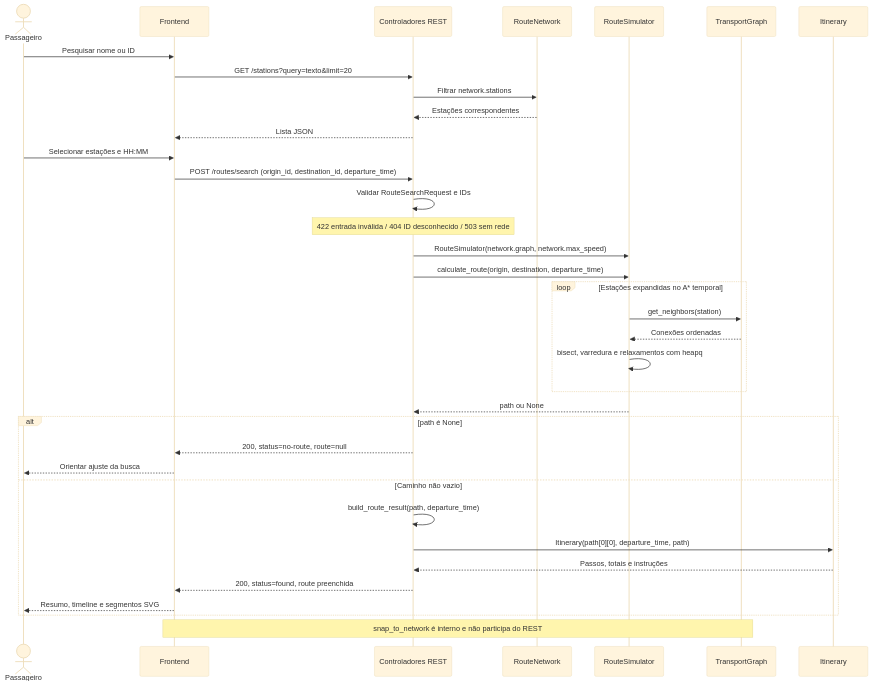
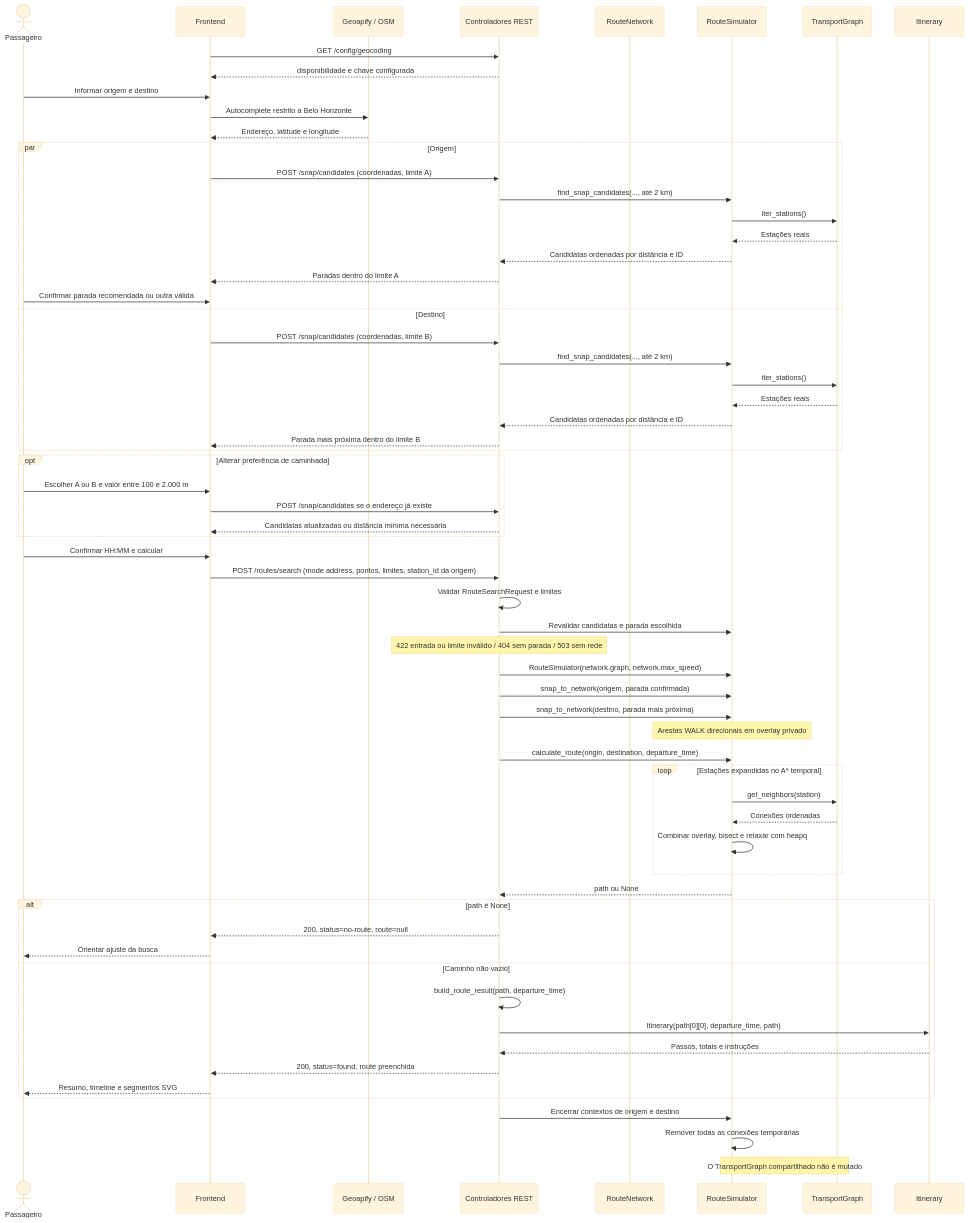
Before and after one commit to Luizfmaia10-dev/TP-Grafos: the diagram in docs/diagrams/source/diagrama-sequencia-02.mmd, drawn with Mermaid (base theme). The commit also changed 163 other files, not shown here.

```diff
--- a/docs/diagrams/source/diagrama-sequencia-02.mmd
+++ b/docs/diagrams/source/diagrama-sequencia-02.mmd
@@ -1,36 +1,64 @@
 sequenceDiagram
     actor Passenger as Passageiro
     participant UI as Frontend
+    participant Geo as Geoapify / OSM
     participant API as Controladores REST
     participant Network as RouteNetwork
     participant Simulator as RouteSimulator
     participant Graph as TransportGraph
     participant Itinerary as Itinerary
-    Passenger->>UI: Pesquisar nome ou ID
-    UI->>API: GET /stations?query=texto&limit=20
-    API->>Network: Filtrar network.stations
-    Network-->>API: Estações correspondentes
-    API-->>UI: Lista JSON
-    Passenger->>UI: Selecionar estações e HH:MM
-    UI->>API: POST /routes/search (origin_id, destination_id, departure_time)
-    API->>API: Validar RouteSearchRequest e IDs
-    Note over API: 422 entrada inválida / 404 ID desconhecido / 503 sem rede
+    UI->>API: GET /config/geocoding
+    API-->>UI: disponibilidade e chave configurada
+    Passenger->>UI: Informar origem e destino
+    UI->>Geo: Autocomplete restrito a Belo Horizonte
+    Geo-->>UI: Endereço, latitude e longitude
+    par Origem
+        UI->>API: POST /snap/candidates (coordenadas, limite A)
+        API->>Simulator: find_snap_candidates(..., até 2 km)
+        Simulator->>Graph: iter_stations()
+        Graph-->>Simulator: Estações reais
+        Simulator-->>API: Candidatas ordenadas por distância e ID
+        API-->>UI: Paradas dentro do limite A
+        Passenger->>UI: Confirmar parada recomendada ou outra válida
+    and Destino
+        UI->>API: POST /snap/candidates (coordenadas, limite B)
+        API->>Simulator: find_snap_candidates(..., até 2 km)
+        Simulator->>Graph: iter_stations()
+        Graph-->>Simulator: Estações reais
+        Simulator-->>API: Candidatas ordenadas por distância e ID
+        API-->>UI: Parada mais próxima dentro do limite B
+    end
+    opt Alterar preferência de caminhada
+        Passenger->>UI: Escolher A ou B e valor entre 100 e 2.000 m
+        UI->>API: POST /snap/candidates se o endereço já existe
+        API-->>UI: Candidatas atualizadas ou distância mínima necessária
+    end
+    Passenger->>UI: Confirmar HH:MM e calcular
+    UI->>API: POST /routes/search (mode address, pontos, limites, station_id da origem)
+    API->>API: Validar RouteSearchRequest e limites
+    API->>Simulator: Revalidar candidatas e parada escolhida
+    Note over API: 422 entrada ou limite inválido / 404 sem parada / 503 sem rede
     API->>Simulator: RouteSimulator(network.graph, network.max_speed)
+    API->>Simulator: snap_to_network(origem, parada confirmada)
+    API->>Simulator: snap_to_network(destino, parada mais próxima)
+    Note over Simulator: Arestas WALK direcionais em overlay privado
     API->>Simulator: calculate_route(origin, destination, departure_time)
     loop Estações expandidas no A* temporal
         Simulator->>Graph: get_neighbors(station)
         Graph-->>Simulator: Conexões ordenadas
-        Simulator->>Simulator: bisect, varredura e relaxamentos com heapq
+        Simulator->>Simulator: Combinar overlay, bisect e relaxar com heapq
     end
     Simulator-->>API: path ou None
     alt path é None
         API-->>UI: 200, status=no-route, route=null
         UI-->>Passenger: Orientar ajuste da busca
     else Caminho não vazio
         API->>API: build_route_result(path, departure_time)
         API->>Itinerary: Itinerary(path[0][0], departure_time, path)
         Itinerary-->>API: Passos, totais e instruções
         API-->>UI: 200, status=found, route preenchida
         UI-->>Passenger: Resumo, timeline e segmentos SVG
     end
-    Note over UI,Graph: snap_to_network é interno e não participa do REST
+    API->>Simulator: Encerrar contextos de origem e destino
+    Simulator->>Simulator: Remover todas as conexões temporárias
+    Note over Simulator,Graph: O TransportGraph compartilhado não é mutado
```
